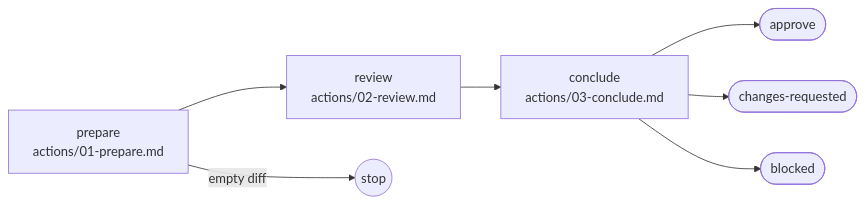
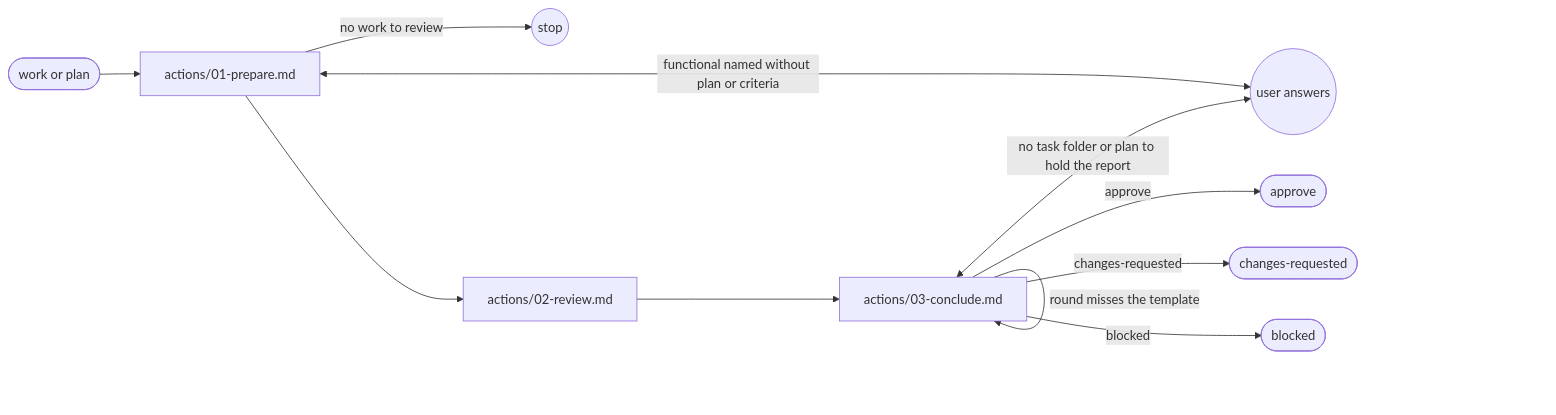
The diagram in plugins/aidd-dev/skills/05-review/SKILL.md (ai-driven-dev/framework), drawn with Mermaid before and after one commit. The commit also changed other lines of this file and 6 other files, not shown here.

````diff
--- a/plugins/aidd-dev/skills/05-review/SKILL.md
+++ b/plugins/aidd-dev/skills/05-review/SKILL.md
@@ -11,9 +9,13 @@
 ```mermaid
 flowchart LR
-  prepare["prepare<br>actions/01-prepare.md"] --> review["review<br>actions/02-review.md"]
-  review --> conclude["conclude<br>actions/03-conclude.md"]
-  prepare -->|"empty diff"| stop((stop))
-  conclude --> approve([approve])
-  conclude --> changes([changes-requested])
-  conclude --> blocked([blocked])
+  entry([work or plan]) --> prepare["actions/01-prepare.md"]
+  prepare -->|"no work to review"| stop((stop))
+  prepare <-->|"functional named without plan or criteria"| user((user answers))
+  prepare --> review["actions/02-review.md"]
+  review --> conclude["actions/03-conclude.md"]
+  conclude <-->|"no task folder or plan to hold the report"| user
+  conclude -->|"round misses the template"| conclude
+  conclude -->|"approve"| approve([approve])
+  conclude -->|"changes-requested"| changes([changes-requested])
+  conclude -->|"blocked"| blocked([blocked])
 ```
````
